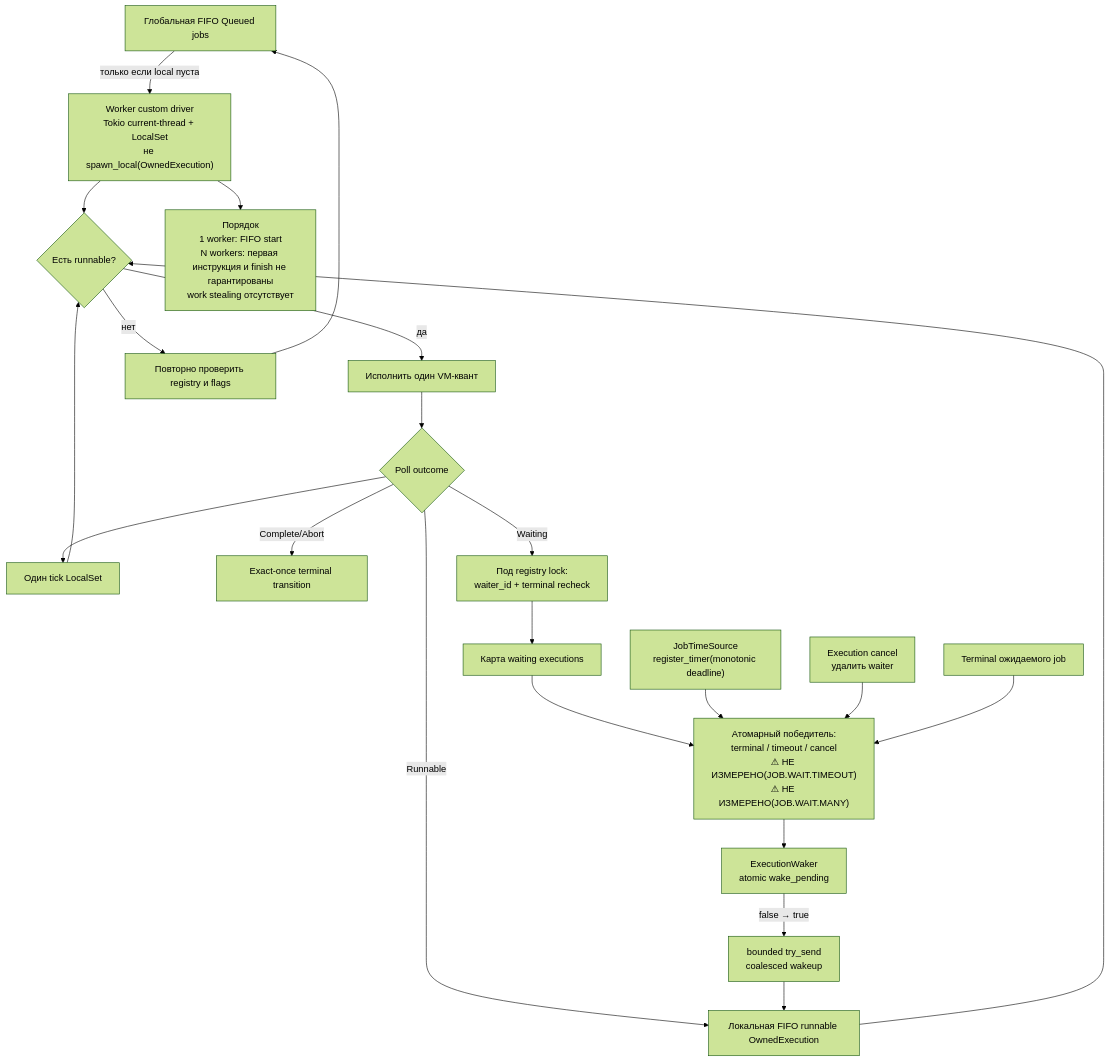
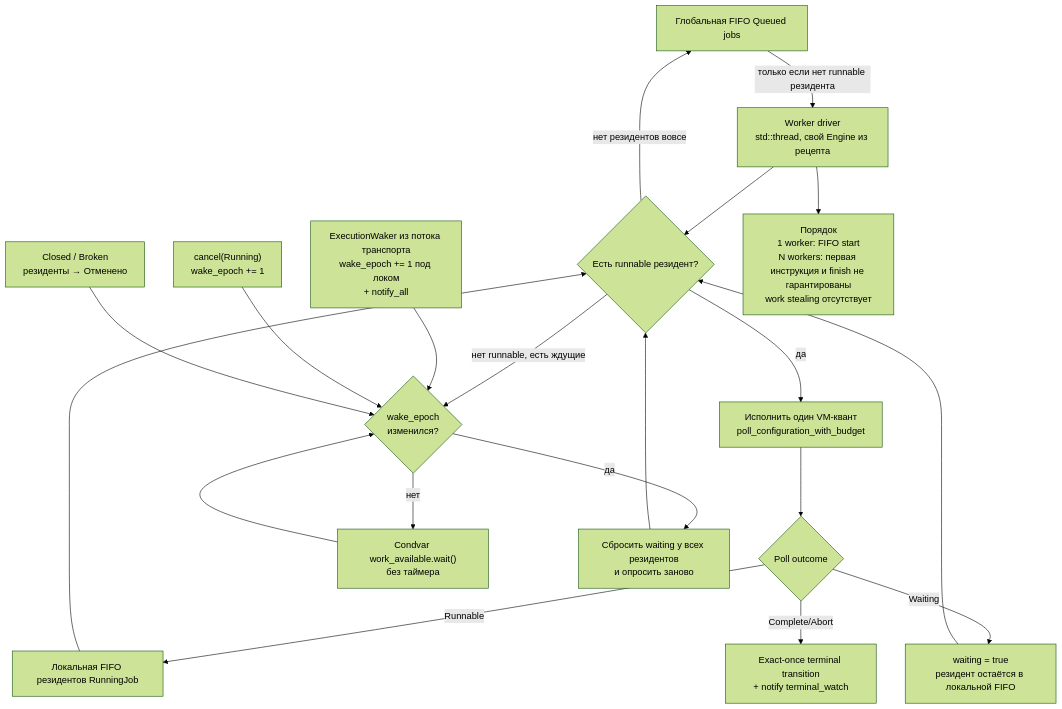
One commit to dobpilot/open-bsl changed the tenth of 21 diagrams in docs/component-architecture.md. Above: the diagram before and after it, drawn with Mermaid (forest theme). The commit also changed other lines of this file and 6 other files, not shown here.

````diff
--- a/docs/component-architecture.md
+++ b/docs/component-architecture.md
@@ -467,36 +499,34 @@
 ```mermaid
 flowchart TD
     global["Глобальная FIFO Queued jobs"]
-    start["Worker custom driver<br/>Tokio current-thread + LocalSet<br/>не spawn_local(OwnedExecution)"]
-    local["Локальная FIFO runnable OwnedExecution"]
-    waiting["Карта waiting executions"]
-    pick{"Есть runnable?"}
-    run["Исполнить один VM-квант"]
+    start["Worker driver<br/>std::thread, свой Engine из рецепта"]
+    local["Локальная FIFO резидентов RunningJob"]
+    pick{"Есть runnable резидент?"}
+    run["Исполнить один VM-квант<br/>poll_configuration_with_budget"]
     outcome{"Poll outcome"}
-    tick["Один tick LocalSet"]
-    terminal["Exact-once terminal transition"]
-    wake["ExecutionWaker<br/>atomic wake_pending"]
-    channel["bounded try_send<br/>coalesced wakeup"]
-    sleepcheck["Повторно проверить registry и flags"]
-    register["Под registry lock:<br/>waiter_id + terminal recheck"]
-    race["Атомарный победитель:<br/>terminal / timeout / cancel<br/>⚠ НЕ ИЗМЕРЕНО(JOB.WAIT.TIMEOUT)<br/>⚠ НЕ ИЗМЕРЕНО(JOB.WAIT.MANY)"]
-    timer["JobTimeSource<br/>register_timer(monotonic deadline)"]
-    cancel["Execution cancel<br/>удалить waiter"]
-    observed_terminal["Terminal ожидаемого job"]
+    terminal["Exact-once terminal transition<br/>+ notify terminal_watch"]
+    waiting["waiting = true<br/>резидент остаётся в локальной FIFO"]
+    sleepcheck{"wake_epoch<br/>изменился?"}
+    sleep["Condvar work_available.wait()<br/>без таймера"]
+    rearm["Сбросить waiting у всех резидентов<br/>и опросить заново"]
+    waker["ExecutionWaker из потока транспорта<br/>wake_epoch += 1 под локом<br/>+ notify_all"]
+    cancelev["cancel(Running)<br/>wake_epoch += 1"]
+    closeev["Closed / Broken<br/>резиденты → Отменено"]
     ordering["Порядок<br/>1 worker: FIFO start<br/>N workers: первая инструкция и finish не гарантированы<br/>work stealing отсутствует"]
 
-    global -->|"только если local пуста"| start
+    global -->|"только если нет runnable резидента"| start
     start --> pick
     start --> ordering
     local --> pick
     pick -->|"да"| run --> outcome
     outcome -->|"Runnable"| local
-    outcome -->|"Waiting"| register --> waiting
+    outcome -->|"Waiting"| waiting --> pick
     outcome -->|"Complete/Abort"| terminal
-    outcome --> tick --> pick
-    waiting --> race --> wake -->|"false → true"| channel --> local
-    timer --> race
-    cancel --> race
-    observed_terminal --> race
-    pick -->|"нет"| sleepcheck --> global
+    pick -->|"нет runnable, есть ждущие"| sleepcheck
+    sleepcheck -->|"нет"| sleep --> sleepcheck
+    sleepcheck -->|"да"| rearm --> pick
+    pick -->|"нет резидентов вовсе"| global
+    waker --> sleepcheck
+    cancelev --> sleepcheck
+    closeev --> sleepcheck
 ```
````
